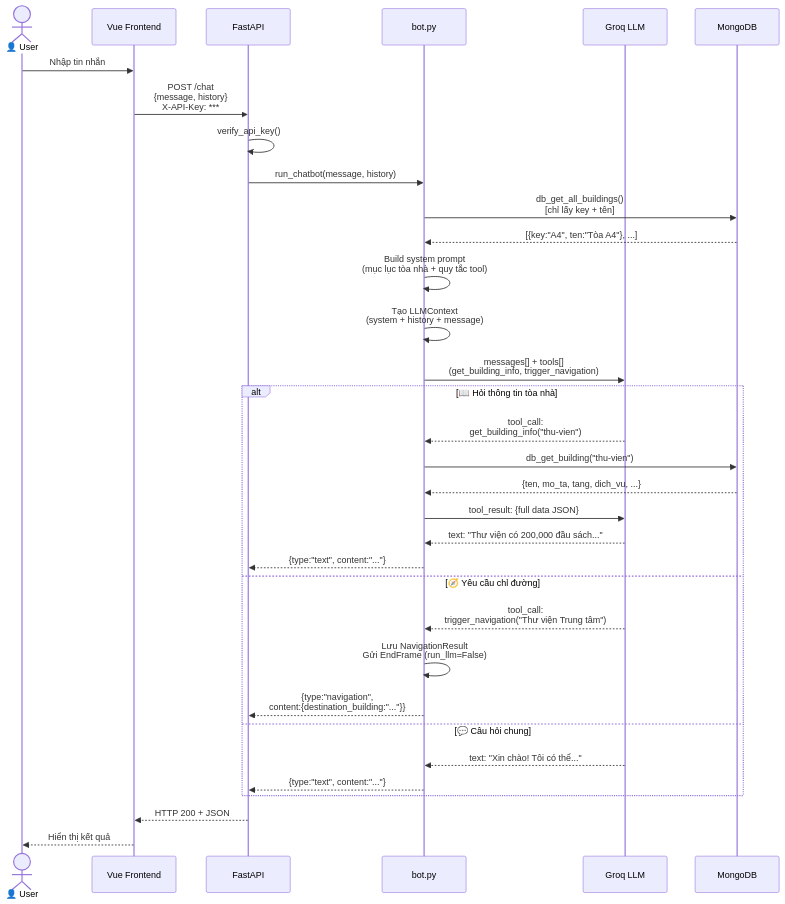
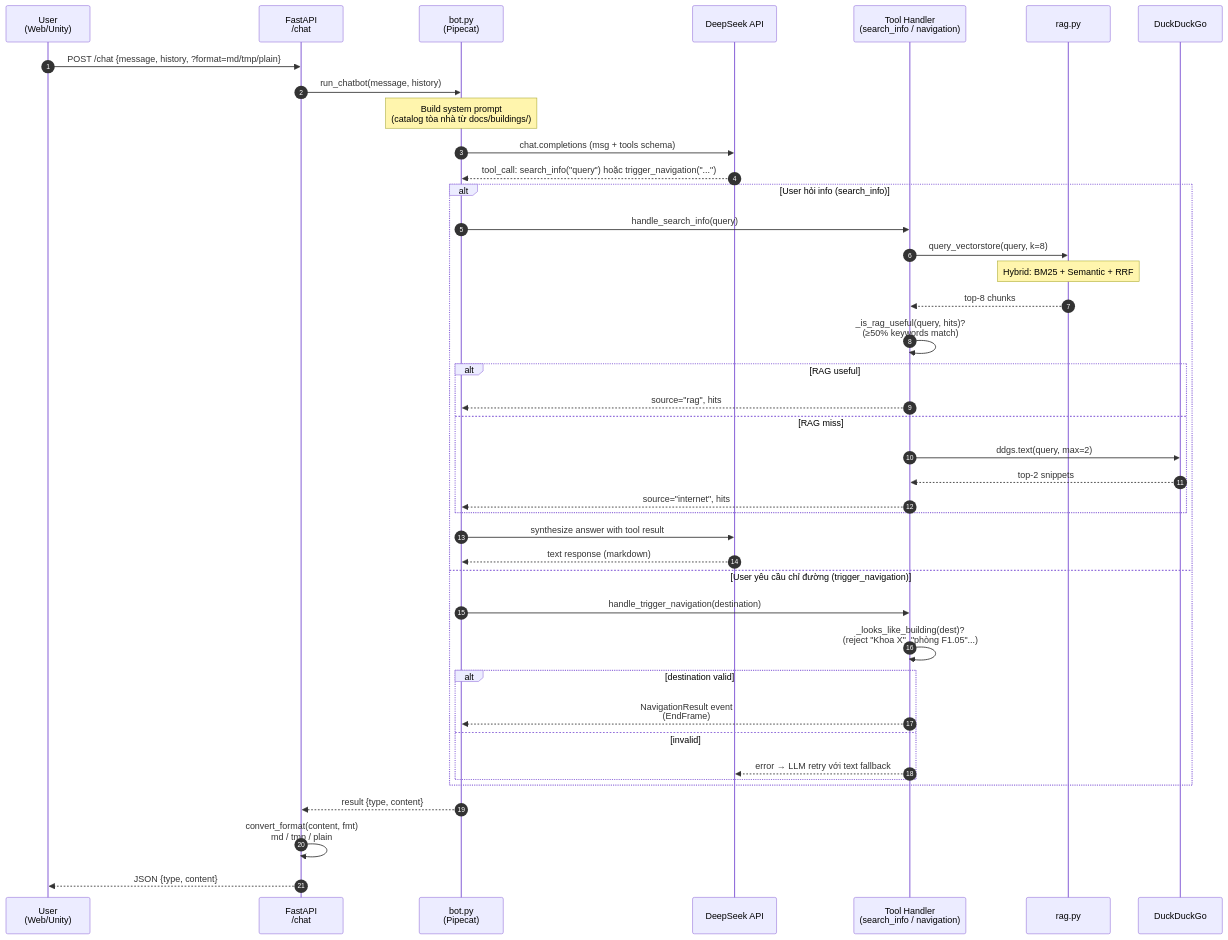
The second of 8 diagrams in ARCHITECTURE.md (EricDuong5423/AIChatBot), drawn with Mermaid before and after one commit. The commit also changed other lines of this file and 37 other files, not shown here.

Commit message:
RAG + vector database + searching on internet + change model to Deepseek

````diff
--- a/ARCHITECTURE.md
+++ b/ARCHITECTURE.md
@@ -55,45 +98,51 @@
 ```mermaid
 sequenceDiagram
-    actor U as 👤 User
-    participant FE as Vue Frontend
-    participant API as FastAPI
-    participant BOT as bot.py
-    participant LLM as Groq LLM
-    participant DB as MongoDB
+    autonumber
+    participant U as User<br/>(Web/Unity)
+    participant API as FastAPI<br/>/chat
+    participant BOT as bot.py<br/>(Pipecat)
+    participant LLM as DeepSeek API
+    participant TOOL as Tool Handler<br/>(search_info / navigation)
+    participant RAG as rag.py
+    participant DDG as DuckDuckGo
 
-    U->>FE: Nhập tin nhắn
-    FE->>API: POST /chat<br/>{message, history}<br/>X-API-Key: ***
-
-    API->>API: verify_api_key()
-
+    U->>API: POST /chat {message, history, ?format=md/tmp/plain}
     API->>BOT: run_chatbot(message, history)
 
-    BOT->>DB: db_get_all_buildings()<br/>[chỉ lấy key + tên]
-    DB-->>BOT: [{key:"A4", ten:"Tòa A4"}, ...]
+    Note over BOT: Build system prompt<br/>(catalog tòa nhà từ docs/buildings/)
 
-    BOT->>BOT: Build system prompt<br/>(mục lục tòa nhà + quy tắc tool)
-    BOT->>BOT: Tạo LLMContext<br/>(system + history + message)
+    BOT->>LLM: chat.completions (msg + tools schema)
+    LLM-->>BOT: tool_call: search_info("query") hoặc trigger_navigation("...")
 
-    BOT->>LLM: messages[] + tools[]<br/>(get_building_info, trigger_navigation)
+    alt User hỏi info (search_info)
+        BOT->>TOOL: handle_search_info(query)
+        TOOL->>RAG: query_vectorstore(query, k=8)
+        Note over RAG: Hybrid: BM25 + Semantic + RRF
+        RAG-->>TOOL: top-8 chunks
+        TOOL->>TOOL: _is_rag_useful(query, hits)?<br/>(≥50% keywords match)
 
-    alt 📖 Hỏi thông tin tòa nhà
-        LLM-->>BOT: tool_call:<br/>get_building_info("thu-vien")
-        BOT->>DB: db_get_building("thu-vien")
-        DB-->>BOT: {ten, mo_ta, tang, dich_vu, ...}
-        BOT->>LLM: tool_result: {full data JSON}
-        LLM-->>BOT: text: "Thư viện có 200,000 đầu sách..."
-        BOT-->>API: {type:"text", content:"..."}
+        alt RAG useful
+            TOOL-->>BOT: source="rag", hits
+        else RAG miss
+            TOOL->>DDG: ddgs.text(query, max=2)
+            DDG-->>TOOL: top-2 snippets
+            TOOL-->>BOT: source="internet", hits
+        end
 
-    else 🧭 Yêu cầu chỉ đường
-        LLM-->>BOT: tool_call:<br/>trigger_navigation("Thư viện Trung tâm")
-        BOT->>BOT: Lưu NavigationResult<br/>Gửi EndFrame (run_llm=False)
-        BOT-->>API: {type:"navigation",<br/>content:{destination_building:"..."}}
+        BOT->>LLM: synthesize answer with tool result
+        LLM-->>BOT: text response (markdown)
 
-    else 💬 Câu hỏi chung
-        LLM-->>BOT: text: "Xin chào! Tôi có thể..."
-        BOT-->>API: {type:"text", content:"..."}
+    else User yêu cầu chỉ đường (trigger_navigation)
+        BOT->>TOOL: handle_trigger_navigation(destination)
+        TOOL->>TOOL: _looks_like_building(dest)?<br/>(reject "Khoa X", "phòng F1.05"...)
+        alt destination valid
+            TOOL-->>BOT: NavigationResult event<br/>(EndFrame)
+        else invalid
+            TOOL-->>LLM: error → LLM retry với text fallback
+        end
     end
 
-    API-->>FE: HTTP 200 + JSON
-    FE-->>U: Hiển thị kết quả
+    BOT-->>API: result {type, content}
+    API->>API: convert_format(content, fmt)<br/>md / tmp / plain
+    API-->>U: JSON {type, content}
 ```
````
